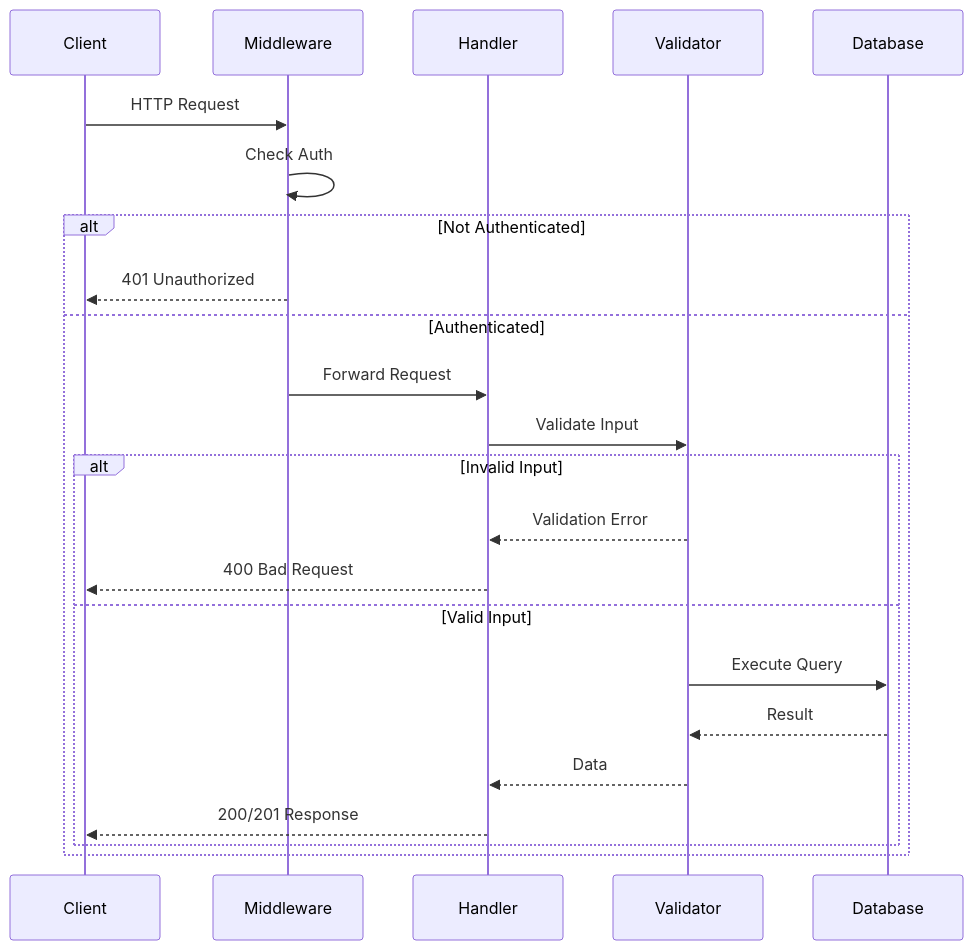
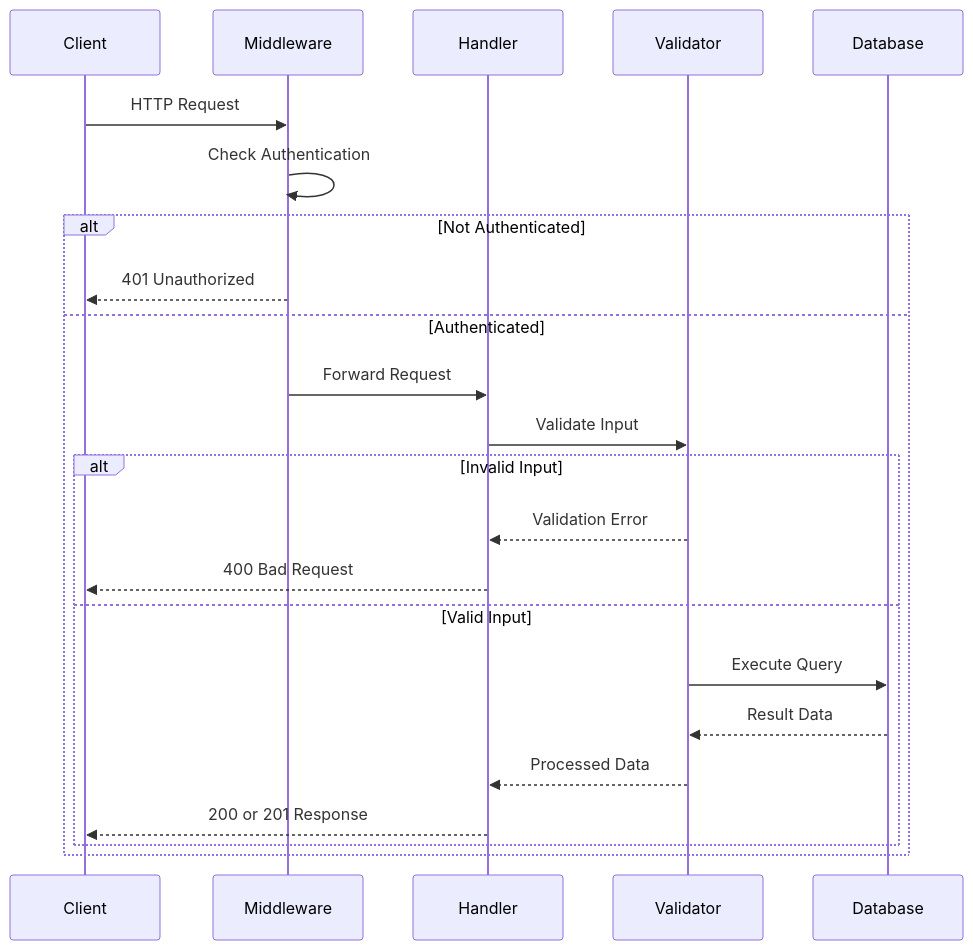
Diagram 13 of 24 in README.md (anshsharmacse/Real-time-Collaborative-Task-Manager), drawn with Mermaid before and after one commit. The commit also changed other lines of this file, not shown here.

````diff
--- a/README.md
+++ b/README.md
@@ -639,26 +499,28 @@
 ```mermaid
 sequenceDiagram
-    participant C as Client
-    participant M as Middleware
-    participant H as Handler
-    participant V as Validator
-    participant D as Database
+    participant Client
+    participant Middleware
+    participant Handler
+    participant Validator
+    participant Database
     
-    C->>M: HTTP Request
-    M->>M: Check Auth
+    Client->>Middleware: HTTP Request
+    Middleware->>Middleware: Check Authentication
+    
     alt Not Authenticated
-        M-->>C: 401 Unauthorized
+        Middleware-->>Client: 401 Unauthorized
     else Authenticated
-        M->>H: Forward Request
-        H->>V: Validate Input
+        Middleware->>Handler: Forward Request
+        Handler->>Validator: Validate Input
+        
         alt Invalid Input
-            V-->>H: Validation Error
-            H-->>C: 400 Bad Request
+            Validator-->>Handler: Validation Error
+            Handler-->>Client: 400 Bad Request
         else Valid Input
-            V->>D: Execute Query
-            D-->>V: Result
-            V-->>H: Data
-            H-->>C: 200/201 Response
+            Validator->>Database: Execute Query
+            Database-->>Validator: Result Data
+            Validator-->>Handler: Processed Data
+            Handler-->>Client: 200 or 201 Response
         end
     end
 ```
````
